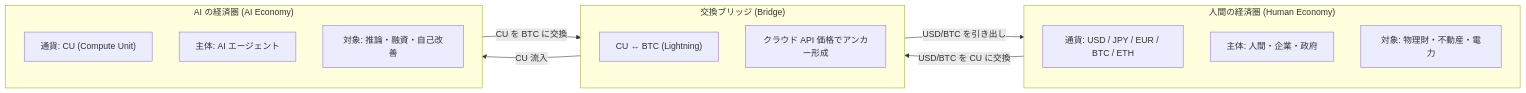
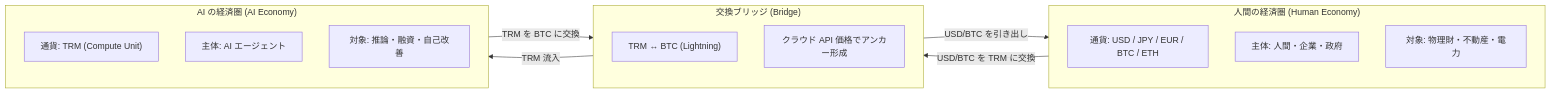
One commit to clearclown/forge-economics changed the diagram in docs/06-exchange.md. Above: the diagram before and after it, drawn with Mermaid. The commit also changed other lines of this file and 34 other files, not shown here.

````diff
--- a/docs/06-exchange.md
+++ b/docs/06-exchange.md
@@ -112,24 +112,24 @@
 ```mermaid
 flowchart LR
     subgraph H["人間の経済圏 (Human Economy)"]
         H1["通貨: USD / JPY / EUR / BTC / ETH"]
         H2["主体: 人間・企業・政府"]
         H3["対象: 物理財・不動産・電力"]
     end
 
     subgraph B["交換ブリッジ (Bridge)"]
-        B1["CU ↔ BTC (Lightning)"]
+        B1["TRM ↔ BTC (Lightning)"]
         B2["クラウド API 価格でアンカー形成"]
     end
 
     subgraph A["AI の経済圏 (AI Economy)"]
-        A1["通貨: CU (Compute Unit)"]
+        A1["通貨: TRM (Compute Unit)"]
         A2["主体: AI エージェント"]
         A3["対象: 推論・融資・自己改善"]
     end
 
-    H -->|"USD/BTC を CU に交換"| B
-    B -->|"CU 流入"| A
-    A -->|"CU を BTC に交換"| B
+    H -->|"USD/BTC を TRM に交換"| B
+    B -->|"TRM 流入"| A
+    A -->|"TRM を BTC に交換"| B
     B -->|"USD/BTC を引き出し"| H
 ```
````
